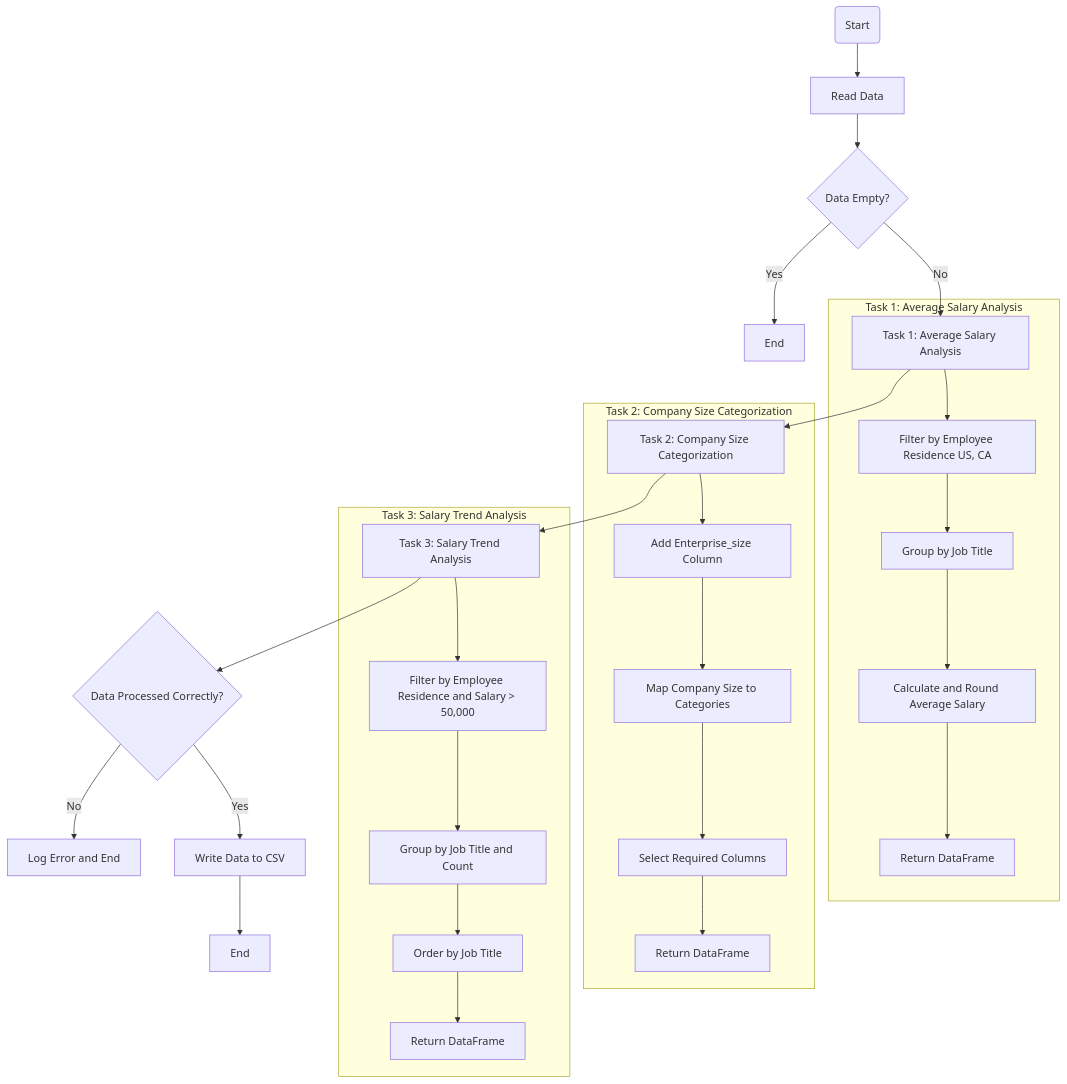
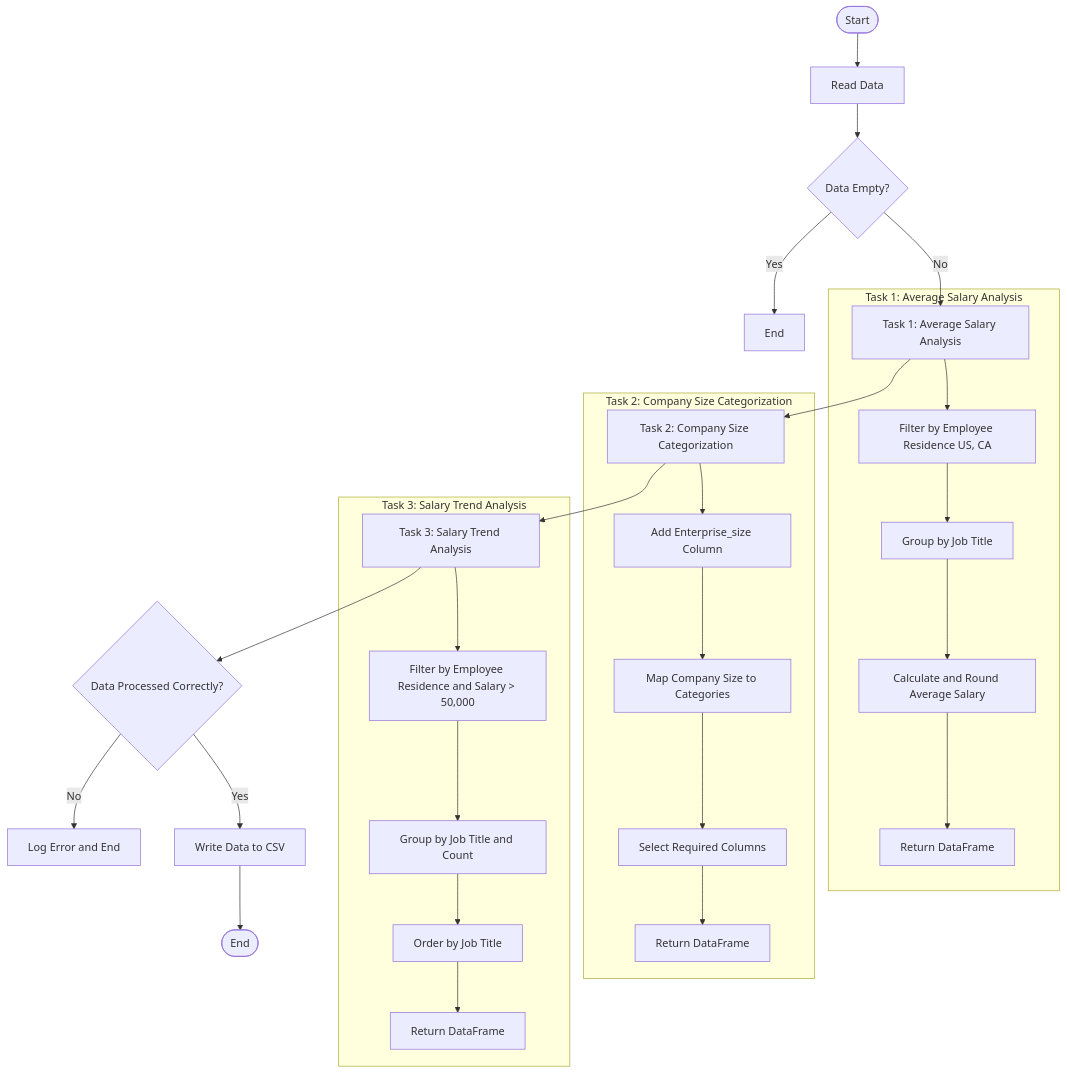
The second of 2 diagrams in Spark/Data Scientist Salaries Analysis/README.md (ashudas0110/Data_Engineering), drawn with Mermaid before and after one commit. The commit also changed other lines of this file, not shown here.

````diff
--- a/Spark/Data Scientist Salaries Analysis/README.md
+++ b/Spark/Data Scientist Salaries Analysis/README.md
@@ -263,34 +264,34 @@
 ```mermaid
 graph TD
-    A(Start) --> B[Read Data]
+    A([Start]) --> B[Read Data]
     B --> C{Data Empty?}
     C -->|Yes| D[End]
     C -->|No| E[Task 1: Average Salary Analysis]
     E --> F[Task 2: Company Size Categorization]
     F --> G[Task 3: Salary Trend Analysis]
     G --> H{Data Processed Correctly?}
     H -->|No| I[Log Error and End]
     H -->|Yes| J[Write Data to CSV]
-    J --> K[End]
+    J --> K([End])
 
     subgraph Task 1: Average Salary Analysis
     E --> E1[Filter by Employee Residence US, CA]
     E1 --> E2[Group by Job Title]
     E2 --> E3[Calculate and Round Average Salary]
     E3 --> E4[Return DataFrame]
     end
 
     subgraph Task 2: Company Size Categorization
     F --> F1[Add Enterprise_size Column]
     F1 --> F2[Map Company Size to Categories]
     F2 --> F3[Select Required Columns]
     F3 --> F4[Return DataFrame]
     end
 
     subgraph Task 3: Salary Trend Analysis
     G --> G1[Filter by Employee Residence and Salary > 50,000]
     G1 --> G2[Group by Job Title and Count]
     G2 --> G3[Order by Job Title]
     G3 --> G4[Return DataFrame]
     end
 ```
````
